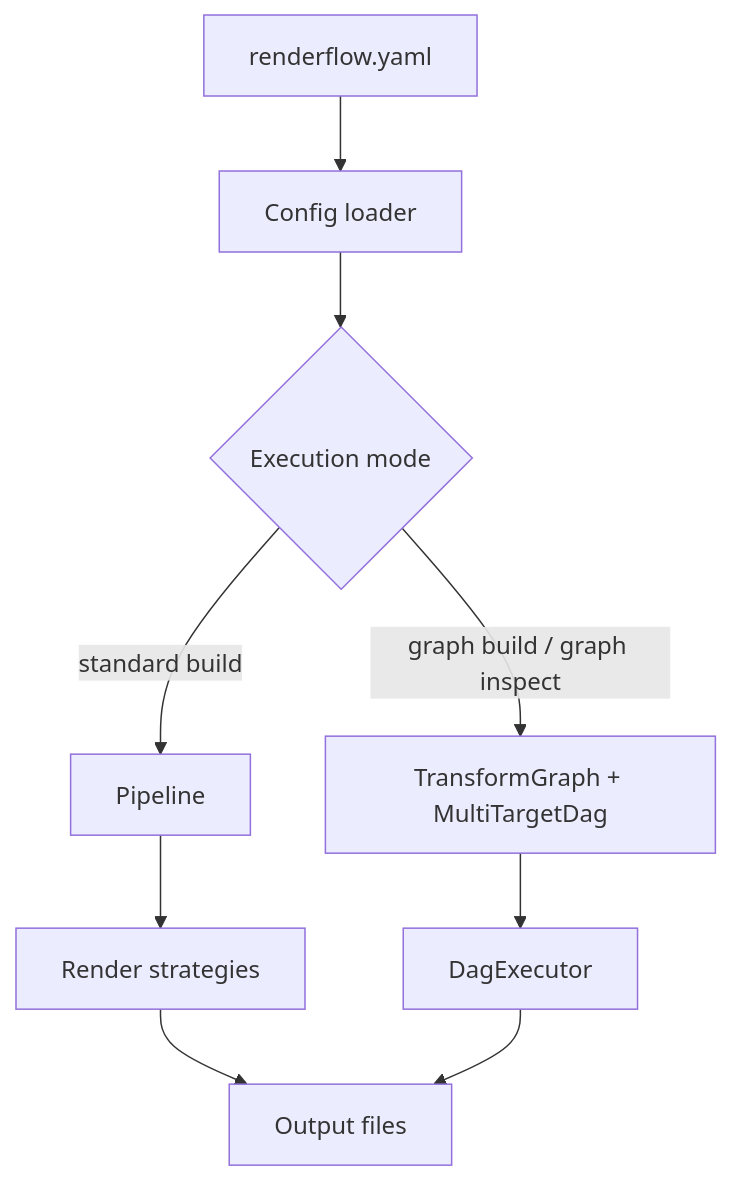
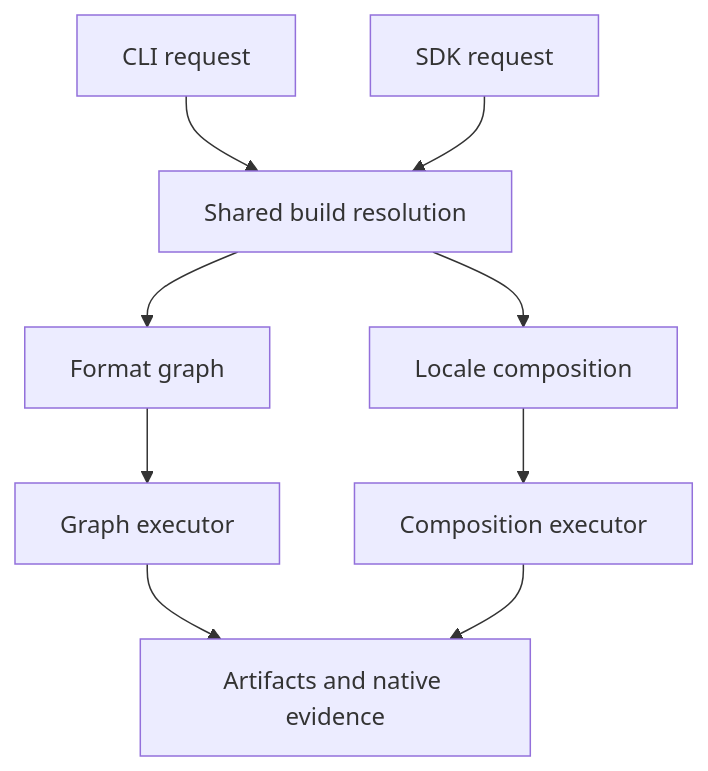
One commit to egohygiene/renderflow changed the diagram in docs/architecture/overview.md. Above: the diagram before and after it, drawn with Mermaid. The commit also changed other lines of this file and 11 other files, not shown here.

First line of the commit message:
docs: reconcile contributor and architecture navigation [skip ci]

````diff
--- a/docs/architecture/overview.md
+++ b/docs/architecture/overview.md
@@ -23,11 +42,11 @@
 ```mermaid
 flowchart TD
-  A[renderflow.yaml] --> B[Config loader]
-  B --> C{Execution mode}
-  C -->|standard build| D[Pipeline]
-  C -->|graph build / graph inspect| E[TransformGraph + MultiTargetDag]
-  D --> F[Render strategies]
-  E --> G[DagExecutor]
-  F --> H[Output files]
-  G --> H
+  C[CLI request] --> B[Shared build resolution]
+  S[SDK request] --> B
+  B --> G[Format graph]
+  B --> L[Locale composition]
+  G --> E[Graph executor]
+  L --> R[Composition executor]
+  E --> O[Artifacts and native evidence]
+  R --> O
 ```
````
